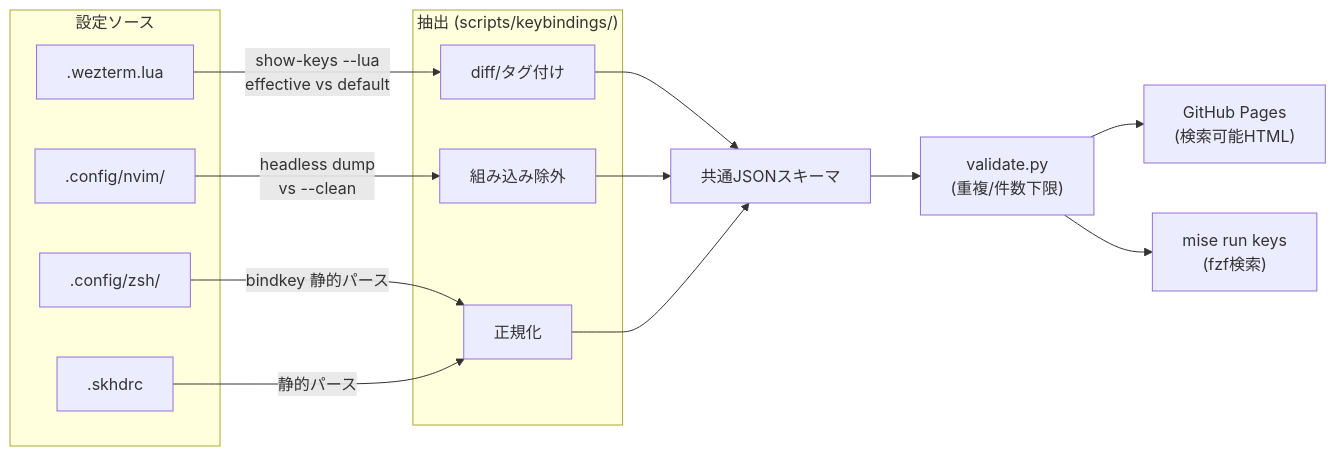
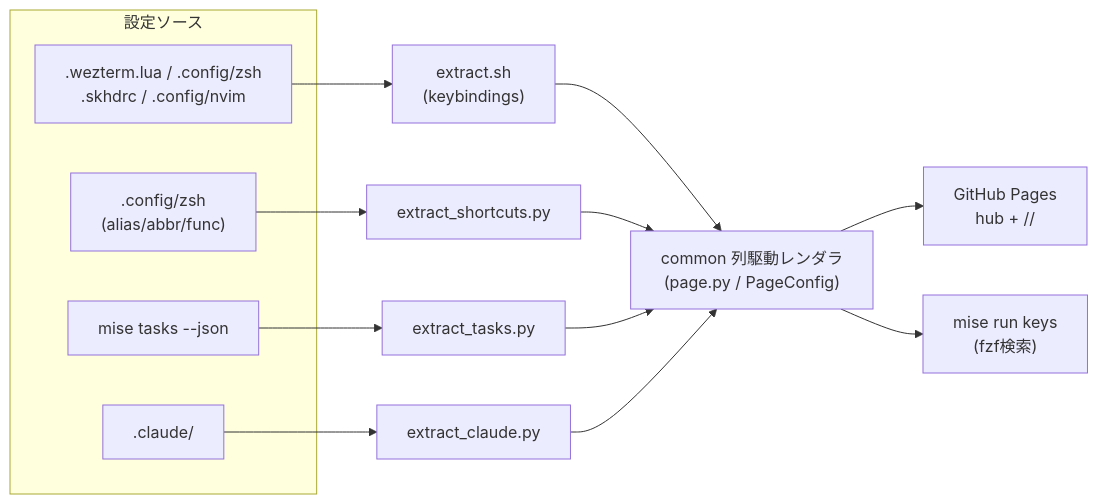
The eighth of 8 diagrams in docs/architecture.md (bigdra50/dotfiles), drawn with Mermaid before and after one commit. The commit also changed other lines of this file and 82 other files, not shown here.

First line of the commit message:
✨ feat: expand keybindings pipeline into a multi-domain reference hub (#20)

````diff
--- a/docs/architecture.md
+++ b/docs/architecture.md
@@ -234,21 +234,18 @@
 ```mermaid
 flowchart LR
     subgraph sources["設定ソース"]
-        wez[".wezterm.lua"]
-        nvim[".config/nvim/"]
-        zsh[".config/zsh/"]
-        skhd[".skhdrc"]
+        kb[".wezterm.lua / .config/zsh<br/>.skhdrc / .config/nvim"]
+        sc[".config/zsh<br/>(alias/abbr/func)"]
+        tk["mise tasks --json"]
+        cl[".claude/"]
     end
 
-    subgraph extract["抽出 (scripts/keybindings/)"]
-        wez -->|"show-keys --lua<br/>effective vs default"| diff1["diff/タグ付け"]
-        nvim -->|"headless dump<br/>vs --clean"| diff2["組み込み除外"]
-        zsh -->|"bindkey 静的パース"| norm["正規化"]
-        skhd -->|"静的パース"| norm
-    end
+    kb --> ekb["extract.sh<br/>(keybindings)"]
+    sc --> esc["extract_shortcuts.py"]
+    tk --> etk["extract_tasks.py"]
+    cl --> ecl["extract_claude.py"]
 
-    diff1 & diff2 & norm --> json["共通JSONスキーマ"]
-    json --> validate["validate.py<br/>(重複/件数下限)"]
-    validate --> pages["GitHub Pages<br/>(検索可能HTML)"]
-    validate --> fzf["mise run keys<br/>(fzf検索)"]
+    ekb & esc & etk & ecl --> render["common 列駆動レンダラ<br/>(page.py / PageConfig)"]
+    render --> pages["GitHub Pages<br/>hub + /<domain>/"]
+    render --> fzf["mise run keys<br/>(fzf検索)"]
 ```
````
